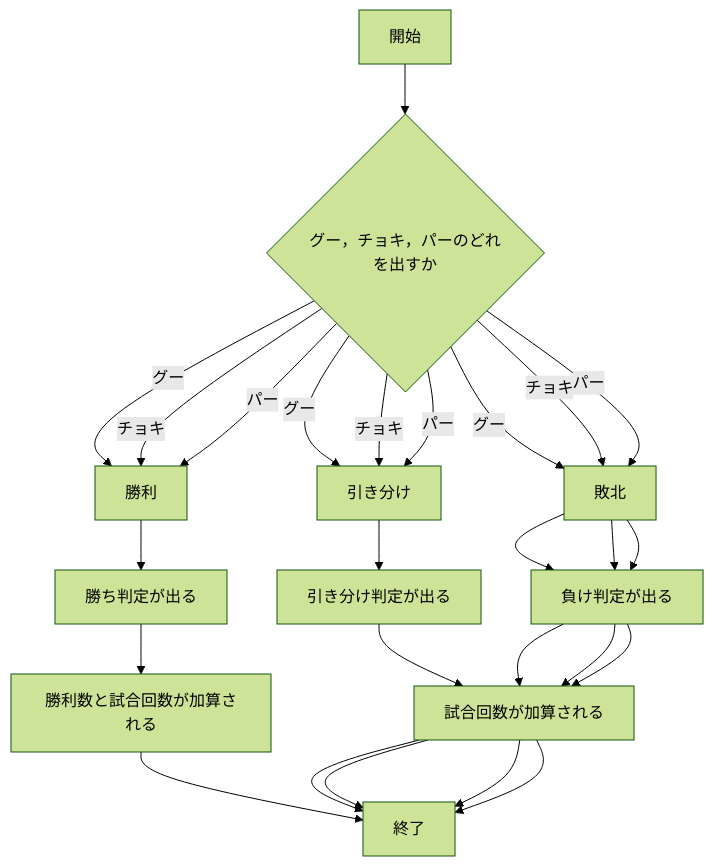
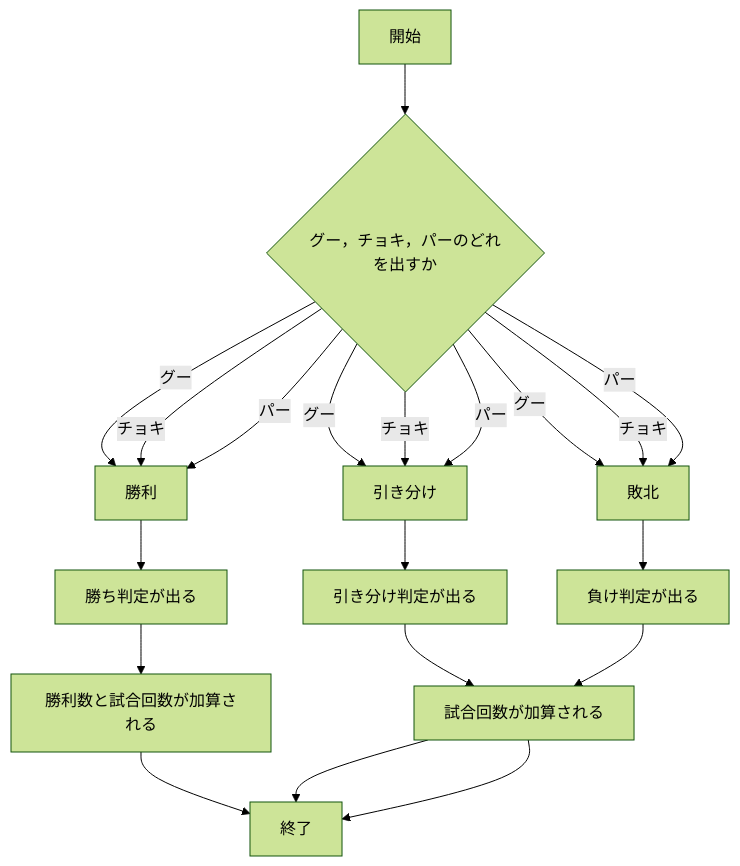
The seventh of 9 diagrams in README.md (km919/webpro_06), drawn with Mermaid (forest theme) before and after one commit.

Commit message:
12月27日2:15に編集済

````diff
--- a/README.md
+++ b/README.md
@@ -260,23 +260,21 @@
 ```mermaid
 flowchart TD;
 start["開始"];
 end1["終了"]
 if{"グー，チョキ，パーのどれを出すか"}
 start --> if
 if --> |グー|　勝利
 勝利 --> 勝ち判定が出る --> 勝利数と試合回数が加算される --> end1
 if --> |グー| 引き分け
 引き分け --> 引き分け判定が出る　--> 試合回数が加算される --> end1
 if --> |グー| 敗北
 敗北 --> 負け判定が出る --> 試合回数が加算される --> end1
 
 if --> |チョキ|　勝利
 if --> |チョキ| 引き分け
 if --> |チョキ| 敗北
-敗北 --> 負け判定が出る --> 試合回数が加算される --> end1
 
 if --> |パー|　勝利
 if --> |パー| 引き分け
 if --> |パー| 敗北
-敗北 --> 負け判定が出る --> 試合回数が加算される --> end1
 ```
````
